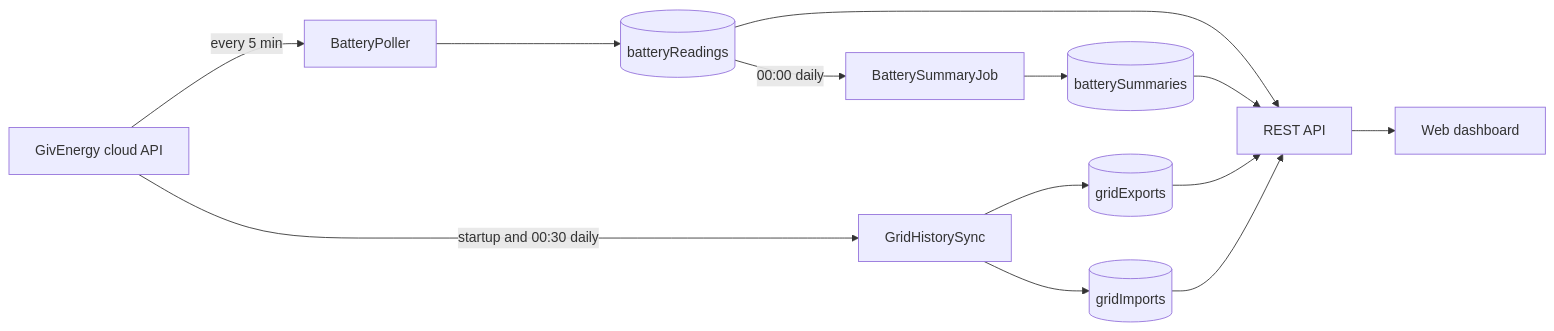
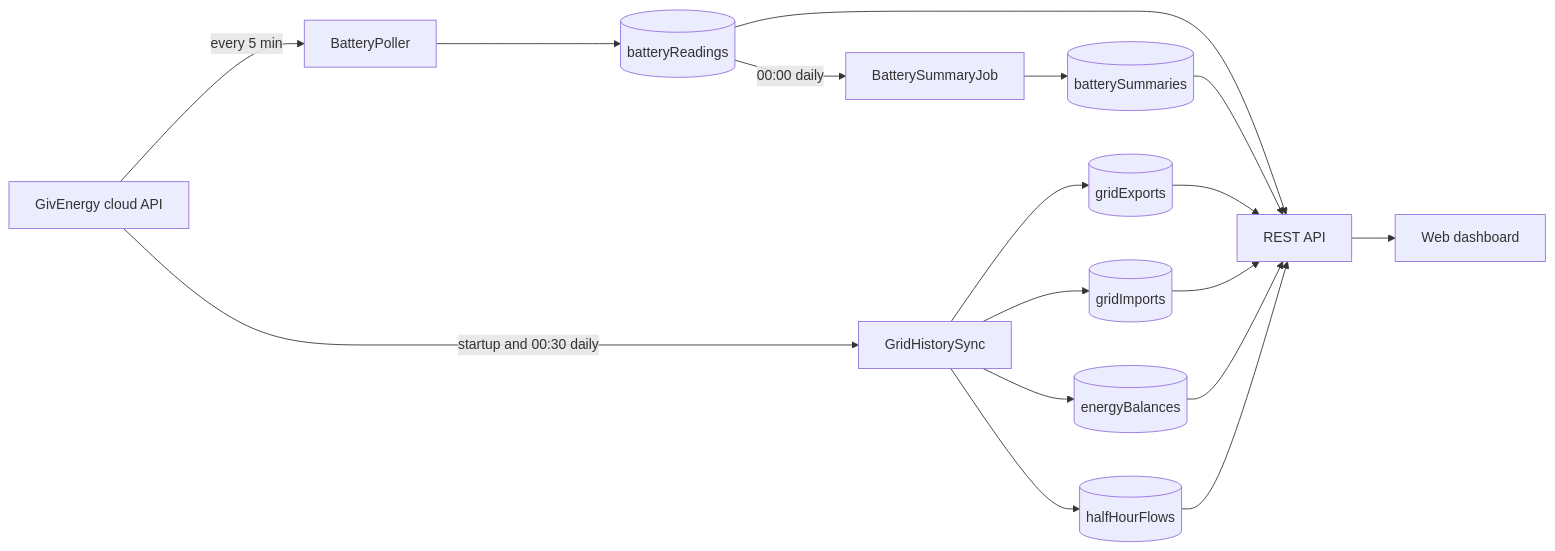
One commit to jamieharwood/GivEnergy changed the diagram in README.md. Above: the diagram before and after it, drawn with Mermaid. The commit also changed other lines of this file and 52 other files, not shown here.

````diff
--- a/README.md
+++ b/README.md
@@ -37,13 +42,15 @@
 ```mermaid
 flowchart LR
     GE[GivEnergy cloud API]
     GE -- every 5 min --> P[BatteryPoller]
     P --> R[(batteryReadings)]
     R -- 00:00 daily --> SJ[BatterySummaryJob]
     SJ --> S[(batterySummaries)]
     GE -- startup and 00:30 daily --> GS[GridHistorySync]
     GS --> X[(gridExports)]
     GS --> I[(gridImports)]
-    R & S & X & I --> API[REST API]
+    GS --> B[(energyBalances)]
+    GS --> H[(halfHourFlows)]
+    R & S & X & I & B & H --> API[REST API]
     API --> UI[Web dashboard]
 ```
````
